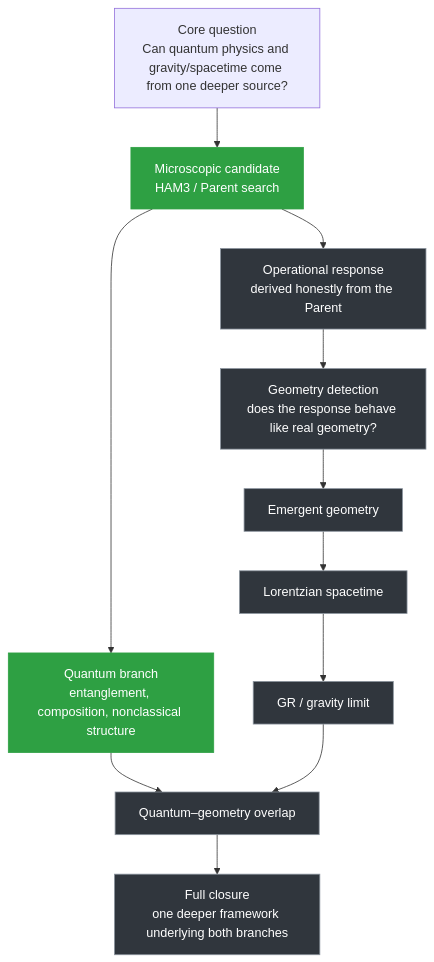
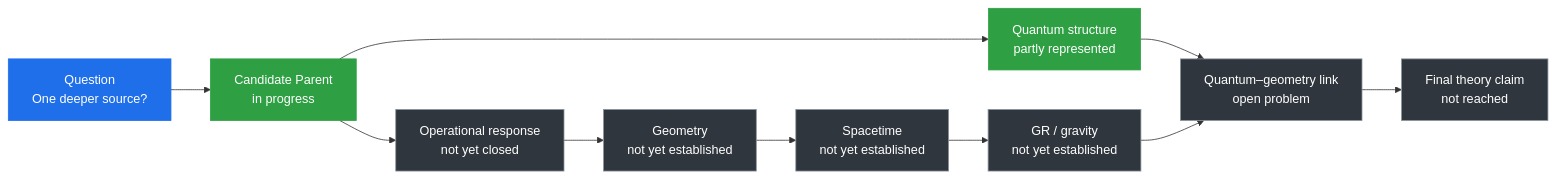
The diagram in Simplified_Framework/WHY_THIS_IS_NOT_A_THEORY_OF_EVERYTHING_YET.md (cameron467/The-Unbreakable-Law), drawn with Mermaid before and after one commit. The commit also changed other lines of this file, not shown here.

````diff
--- a/Simplified_Framework/WHY_THIS_IS_NOT_A_THEORY_OF_EVERYTHING_YET.md
+++ b/Simplified_Framework/WHY_THIS_IS_NOT_A_THEORY_OF_EVERYTHING_YET.md
@@ -3,34 +3,21 @@
 ```mermaid
-flowchart TD
-    A["Core question<br/>Can quantum physics and gravity/spacetime come from one deeper source?"]
+flowchart LR
+    A["Question<br/>One deeper source?"] --> B["Candidate Parent<br/>in progress"]
+    B --> C["Operational response<br/>not yet closed"]
+    C --> D["Geometry<br/>not yet established"]
+    D --> E["Spacetime<br/>not yet established"]
+    E --> F["GR / gravity<br/>not yet established"]
 
-    B["Microscopic candidate<br/>HAM3 / Parent search"]
-    C["Operational response<br/>derived honestly from the Parent"]
-    D["Geometry detection<br/>does the response behave like real geometry?"]
-    E["Emergent geometry"]
-    F["Lorentzian spacetime"]
-    G["GR / gravity limit"]
-    H["Quantum branch<br/>entanglement, composition, nonclassical structure"]
-    I["Quantum–geometry overlap"]
-    J["Full closure<br/>one deeper framework underlying both branches"]
+    B --> G["Quantum structure<br/>partly represented"]
+    G --> H["Quantum–geometry link<br/>open problem"]
+    F --> H
+    H --> I["Final theory claim<br/>not reached"]
 
-    A --> B
-    B --> C
-    C --> D
-    D --> E
-    E --> F
-    F --> G
-
-    B --> H
-    H --> I
-    G --> I
-    I --> J
-
-    classDef done fill:#1f6feb,stroke:#1f6feb,color:#ffffff;
     classDef progress fill:#2ea043,stroke:#2ea043,color:#ffffff;
     classDef open fill:#30363d,stroke:#8b949e,color:#ffffff;
+    classDef neutral fill:#1f6feb,stroke:#1f6feb,color:#ffffff;
 
-    class B,H progress;
-    class C,D,I open;
-    class E,F,G,J open;
+    class A neutral;
+    class B,G progress;
+    class C,D,E,F,H,I open;
 ```
````
